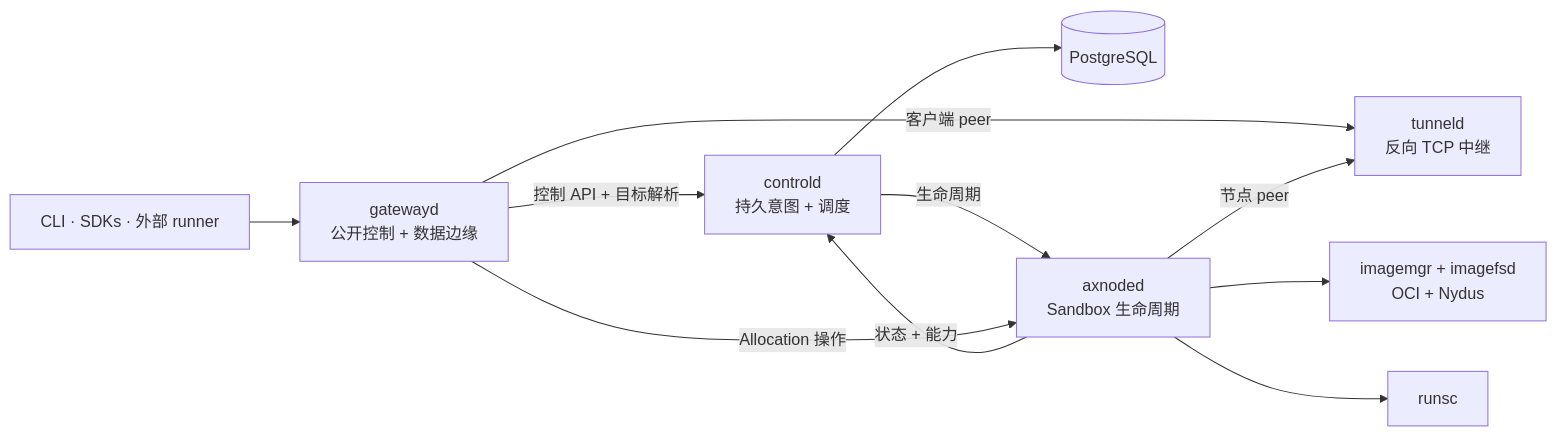
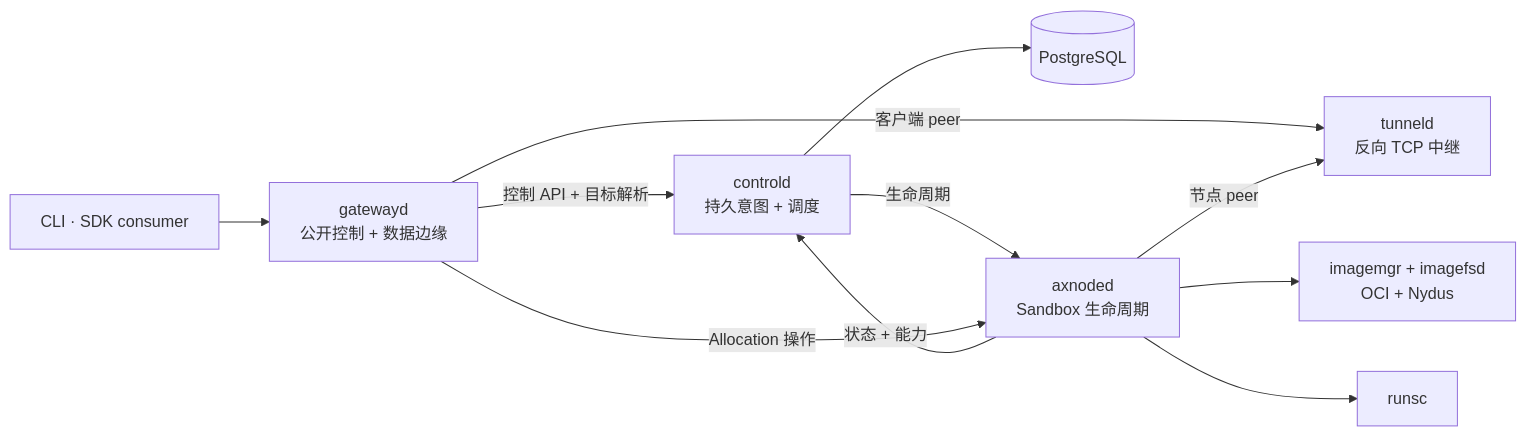
The diagram in apps/docs/src/content/docs/zh-cn/architecture/index.md (cofy-x/axern), drawn with Mermaid before and after one commit. The commit also changed other lines of this file and 296 other files, not shown here.

````diff
--- a/apps/docs/src/content/docs/zh-cn/architecture/index.md
+++ b/apps/docs/src/content/docs/zh-cn/architecture/index.md
@@ -8,13 +8,13 @@
 ```mermaid
 flowchart LR
-    Clients["CLI · SDKs · 外部 runner"] --> Gateway["gatewayd\n公开控制 + 数据边缘"]
+    Clients["CLI · SDK consumer"] --> Gateway["gatewayd\n公开控制 + 数据边缘"]
     Gateway -->|控制 API + 目标解析| Control["controld\n持久意图 + 调度"]
     Control --> Postgres[(PostgreSQL)]
     Control -->|生命周期| Node["axnoded\nSandbox 生命周期"]
     Node -->|状态 + 能力| Control
     Gateway -->|Allocation 操作| Node
     Gateway -->|客户端 peer| Tunnel["tunneld\n反向 TCP 中继"]
     Node -->|节点 peer| Tunnel
     Node --> Image["imagemgr + imagefsd\nOCI + Nydus"]
     Node --> Runtime["runsc"]
 ```
````
